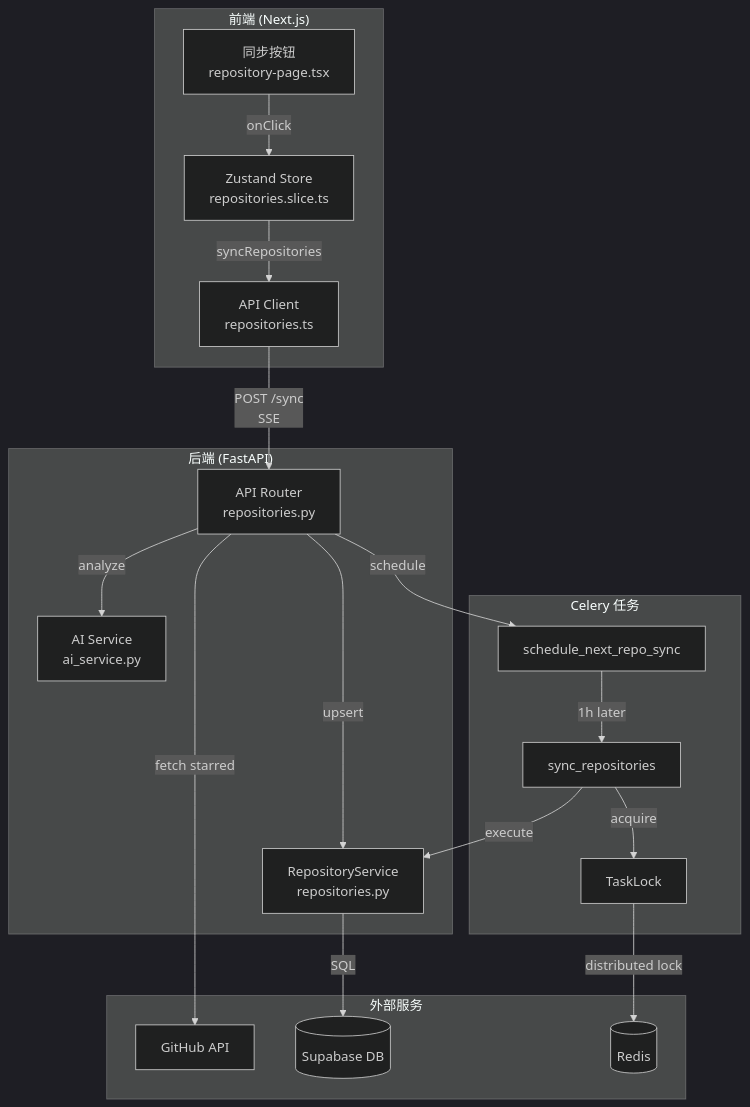
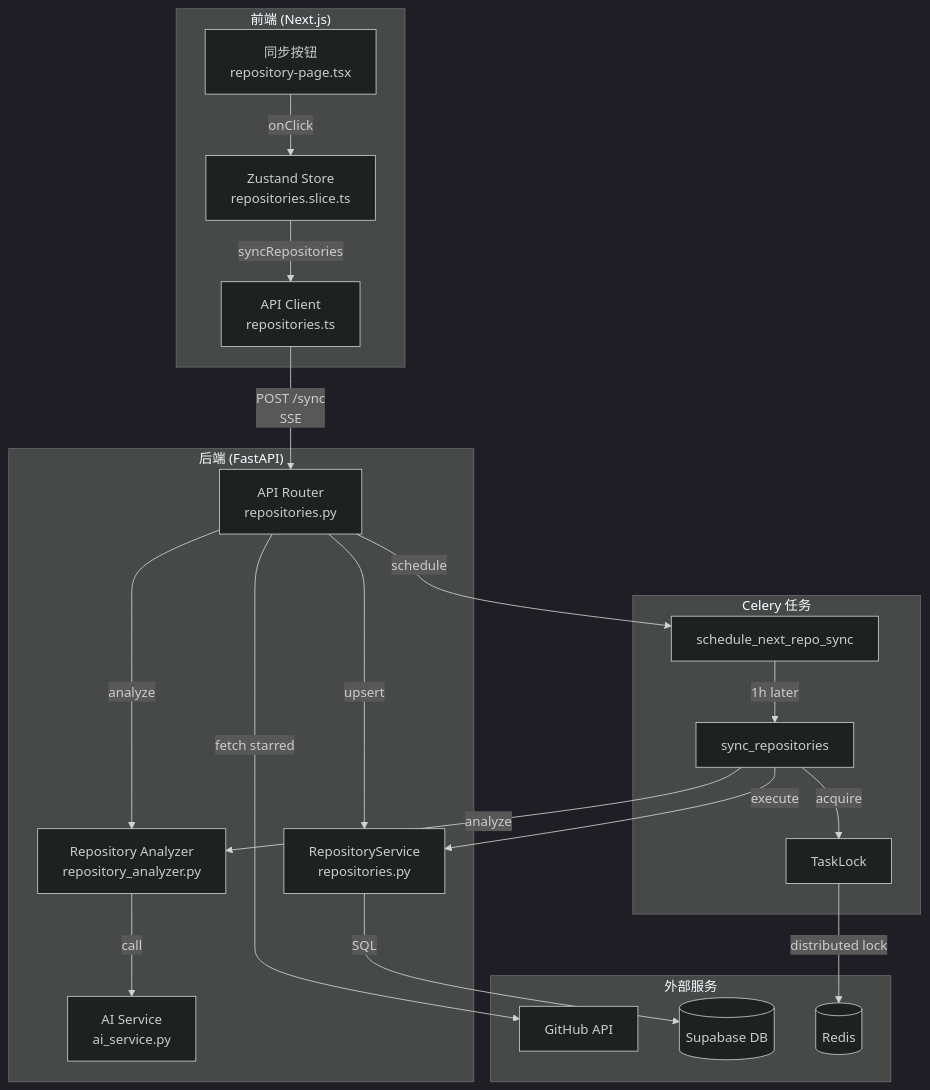
The first of 2 diagrams in docs/RSS_subscribe/仓库同步流程.md (InvisibleQAQ/SaveHub_Supabase), drawn with Mermaid (dark theme) before and after one commit. The commit also changed other lines of this file and 4 other files, not shown here.

````diff
--- a/docs/RSS_subscribe/仓库同步流程.md
+++ b/docs/RSS_subscribe/仓库同步流程.md
@@ -31,39 +32,42 @@
 ```mermaid
 flowchart TB
     subgraph Frontend["前端 (Next.js)"]
         UI[同步按钮<br/>repository-page.tsx]
         Store[Zustand Store<br/>repositories.slice.ts]
         API[API Client<br/>repositories.ts]
     end
 
     subgraph Backend["后端 (FastAPI)"]
         Router[API Router<br/>repositories.py]
         Service[RepositoryService<br/>repositories.py]
+        Analyzer[Repository Analyzer<br/>repository_analyzer.py]
         AI[AI Service<br/>ai_service.py]
     end
 
     subgraph External["外部服务"]
         GitHub[GitHub API]
         Supabase[(Supabase DB)]
         Redis[(Redis)]
     end
 
     subgraph Celery["Celery 任务"]
         Task[sync_repositories]
         Scheduler[schedule_next_repo_sync]
         Lock[TaskLock]
     end
 
     UI -->|onClick| Store
     Store -->|syncRepositories| API
     API -->|POST /sync<br/>SSE| Router
     Router -->|fetch starred| GitHub
     Router -->|upsert| Service
     Service -->|SQL| Supabase
-    Router -->|analyze| AI
+    Router -->|analyze| Analyzer
+    Analyzer -->|call| AI
     Router -->|schedule| Scheduler
     Scheduler -->|1h later| Task
     Task -->|acquire| Lock
     Lock -->|distributed lock| Redis
     Task -->|execute| Service
+    Task -->|analyze| Analyzer
 ```
````
